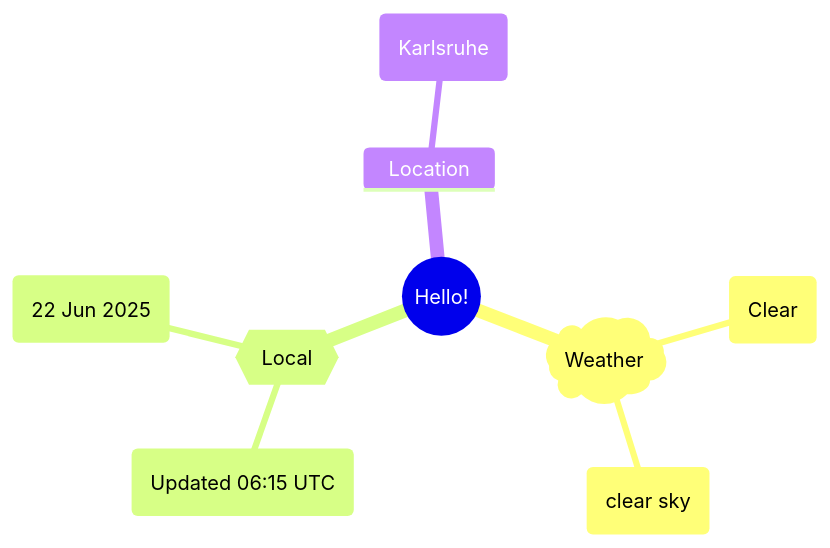
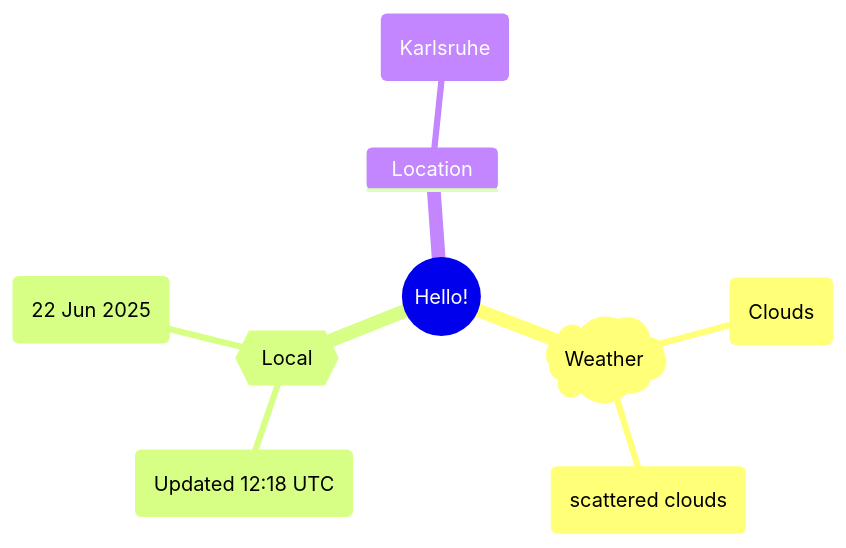
Before and after one commit to Xosrov/Xosrov: the first of 2 diagrams in README.md, drawn with Mermaid.

Commit message:
[bot] updated images

````diff
--- a/README.md
+++ b/README.md
@@ -3,12 +3,12 @@
 ```mermaid
 mindmap
   root((Hello!))
     )Weather(
-        (Clear)
-        (clear sky)
+        (Clouds)
+        (scattered clouds)
     {{Local}}
-        (Updated 06:15 UTC)
+        (Updated 12:18 UTC)
         (22 Jun 2025)
     Location
         (Karlsruhe)
 ```
````
